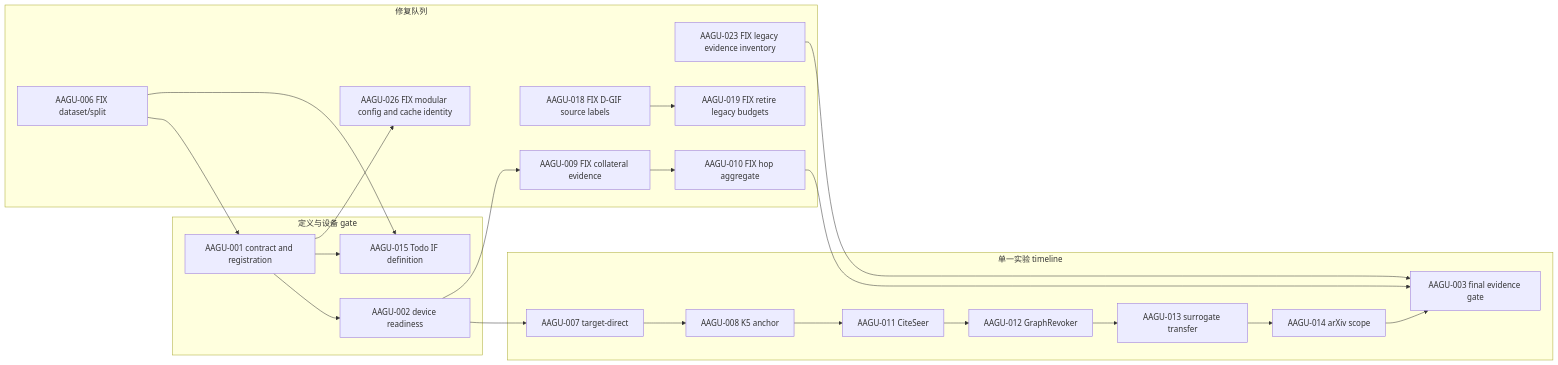
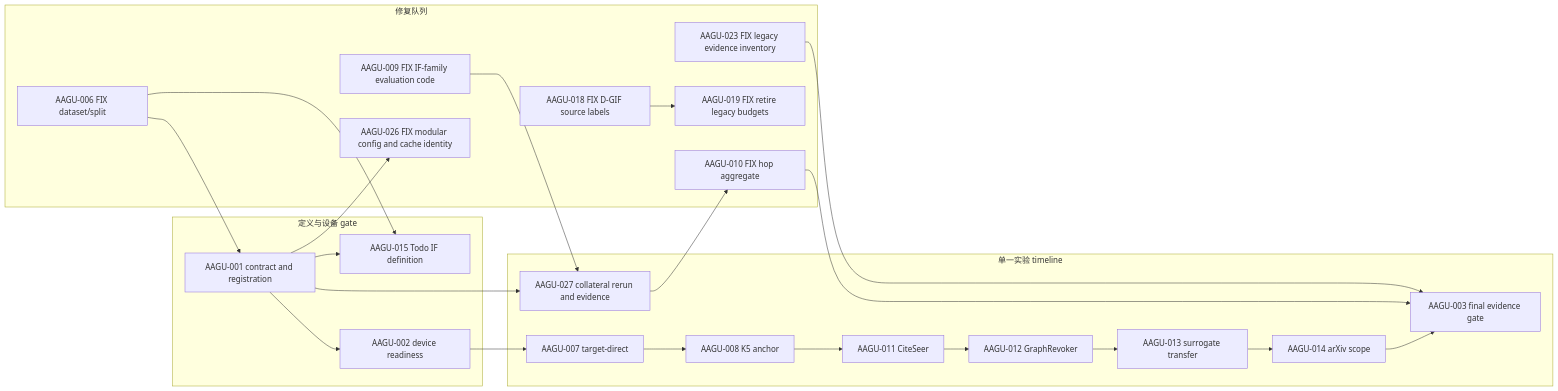
The diagram in GULib-master/self/dashboard/WORKPLAN.md (lelelelelelelelelelelelele/OpenGU), drawn with Mermaid before and after one commit. The commit also changed other lines of this file and 6 other files, not shown here.

Commit message:
init(AAGU-027): split code repair from framework-gated experiments

````diff
--- a/GULib-master/self/dashboard/WORKPLAN.md
+++ b/GULib-master/self/dashboard/WORKPLAN.md
@@ -74,40 +77,41 @@
 ```mermaid
 flowchart LR
   subgraph Repair[修复队列]
     R0[AAGU-006 FIX dataset/split]
-    R1[AAGU-009 FIX collateral evidence]
+    R1[AAGU-009 FIX IF-family evaluation code]
     R2[AAGU-010 FIX hop aggregate]
     R3[AAGU-018 FIX D-GIF source labels]
     R4[AAGU-019 FIX retire legacy budgets]
     R5[AAGU-023 FIX legacy evidence inventory]
     R6[AAGU-026 FIX modular config and cache identity]
-    R1 --> R2
     R3 --> R4
   end
 
   subgraph Gates[定义与设备 gate]
     T0[AAGU-015 Todo IF definition]
     G0[AAGU-001 contract and registration]
     G1[AAGU-002 device readiness]
     R0 --> G0 --> T0
     R0 --> T0
     G0 --> G1
   end
 
   subgraph Experiments[单一实验 timeline]
     X0[AAGU-007 target-direct]
     X1[AAGU-008 K5 anchor]
     X2[AAGU-011 CiteSeer]
     X3[AAGU-012 GraphRevoker]
     X4[AAGU-013 surrogate transfer]
     X5[AAGU-014 arXiv scope]
+    X6[AAGU-027 collateral rerun and evidence]
     G2[AAGU-003 final evidence gate]
     X0 --> X1 --> X2 --> X3 --> X4 --> X5 --> G2
   end
 
   G1 --> X0
   G0 --> R6
-  G1 --> R1
+  G0 --> X6
+  R1 --> X6 --> R2
   R2 --> G2
   R5 --> G2
 ```
````
